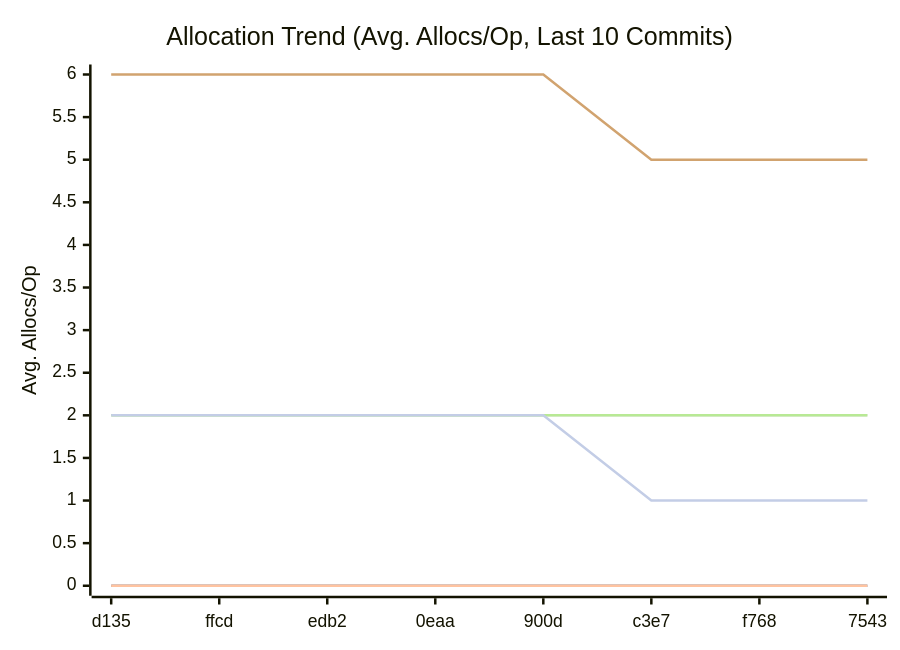
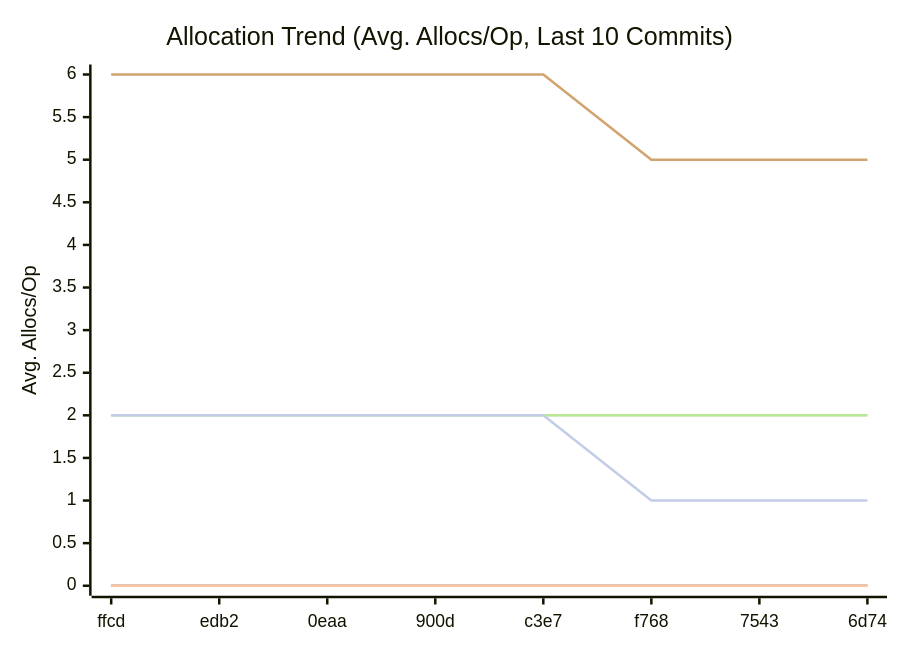
Before and after one commit to alsotoes/momo: the third of 3 diagrams in docs/README.md, drawn with Mermaid. The commit also changed other lines of this file and 1 other file, not shown here.

````diff
--- a/docs/README.md
+++ b/docs/README.md
@@ -333,14 +333,14 @@
 ```mermaid
 xychart-beta
     title "Allocation Trend (Avg. Allocs/Op, Last 10 Commits)"
     x-axis "Commit"
     y-axis "Avg. Allocs/Op"
-    x-axis [d135,ffcd,edb2,0eaa,900d,c3e7,f768,7543]
+    x-axis [ffcd,edb2,0eaa,900d,c3e7,f768,7543,6d74]
     line "CheckMetricsAndSwap" [0,0,0,0,0,0,0,0,0,0]
     line "IndexDirectTracking" [0,0,0,0,0,0,0,0,0,0]
     line "IndexSearch" [0,0,0,0,0,0,0,0,0,0]
     line "LoadGlobalConfig" [2,2,2,2,2,2,2,2,2,2]
     line "PadString" [2,2,2,2,2,2,2,2,2,2]
     line "ParseReplicationOrder_NoPrealloc" [6,6,6,6,6,5,5,5,5,5]
     line "ParseReplicationOrder_Prealloc" [2,2,2,2,2,1,1,1,1,1]
 ```
````
